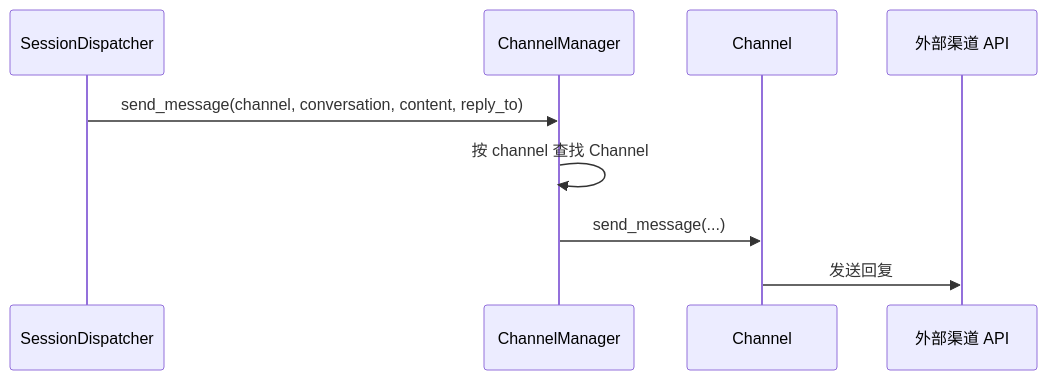
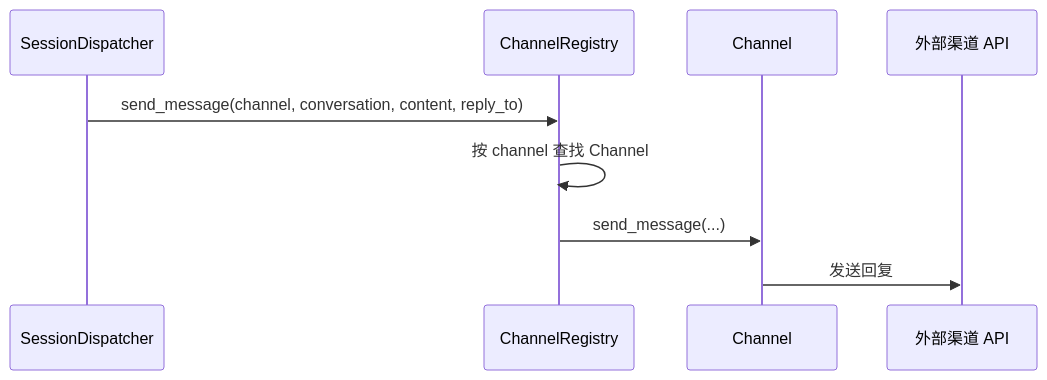
Before and after one commit to zhuxining/MindClaw: the fourth of 4 diagrams in docs/architecture/10-channel-gateway.md, drawn with Mermaid. The commit also changed other lines of this file and 63 other files, not shown here.

````diff
--- a/docs/architecture/10-channel-gateway.md
+++ b/docs/architecture/10-channel-gateway.md
@@ -110,12 +118,12 @@
 ```mermaid
 sequenceDiagram
     participant SD as SessionDispatcher
-    participant CM as ChannelManager
+    participant CR as ChannelRegistry
     participant CH as Channel
     participant EXT as 外部渠道 API
 
-    SD->>CM: send_message(channel, conversation, content, reply_to)
-    CM->>CM: 按 channel 查找 Channel
-    CM->>CH: send_message(...)
+    SD->>CR: send_message(channel, conversation, content, reply_to)
+    CR->>CR: 按 channel 查找 Channel
+    CR->>CH: send_message(...)
     CH->>EXT: 发送回复
 ```
````
